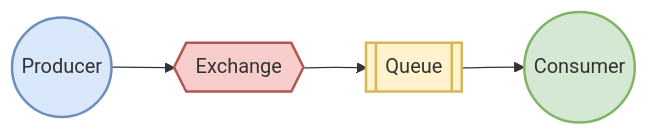
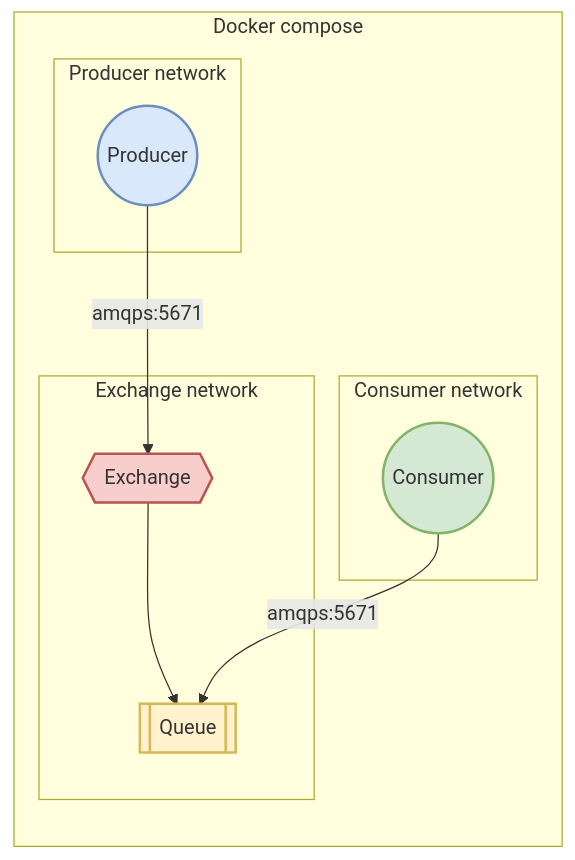
Before and after one commit to matthew-shaw/rabbit-stew: the diagram in README.md, drawn with Mermaid.

Commit message:
add networks

````diff
--- a/README.md
+++ b/README.md
@@ -11,16 +11,26 @@
 ```mermaid
 flowchart LR
-    P((Producer)):::P
-    X{{Exchange}}:::E
-    Q[[Queue]]:::Q
-    C((Consumer)):::C
+    subgraph Docker compose
+        subgraph Producer network
+            P((Producer)):::P
+        end
 
-    P --> X
+        subgraph Exchange network
+            X{{Exchange}}:::E
+            Q[[Queue]]:::Q
+        end
+        
+        subgraph Consumer network
+            C((Consumer)):::C
+        end
+    end
+
+    P -- amqps:5671 --> X
     X --> Q
-    Q --> C
+    C -- amqps:5671 --> Q
 
     classDef P fill:#DAE8FC,stroke:#6C8EBF,stroke-width:2px
     classDef E fill:#F8CECC,stroke:#B85450,stroke-width:2px
     classDef Q fill:#FFF2CC,stroke:#D6B656,stroke-width:2px
     classDef C fill:#D5E8D4,stroke:#82B366,stroke-width:2px
 ```
````
